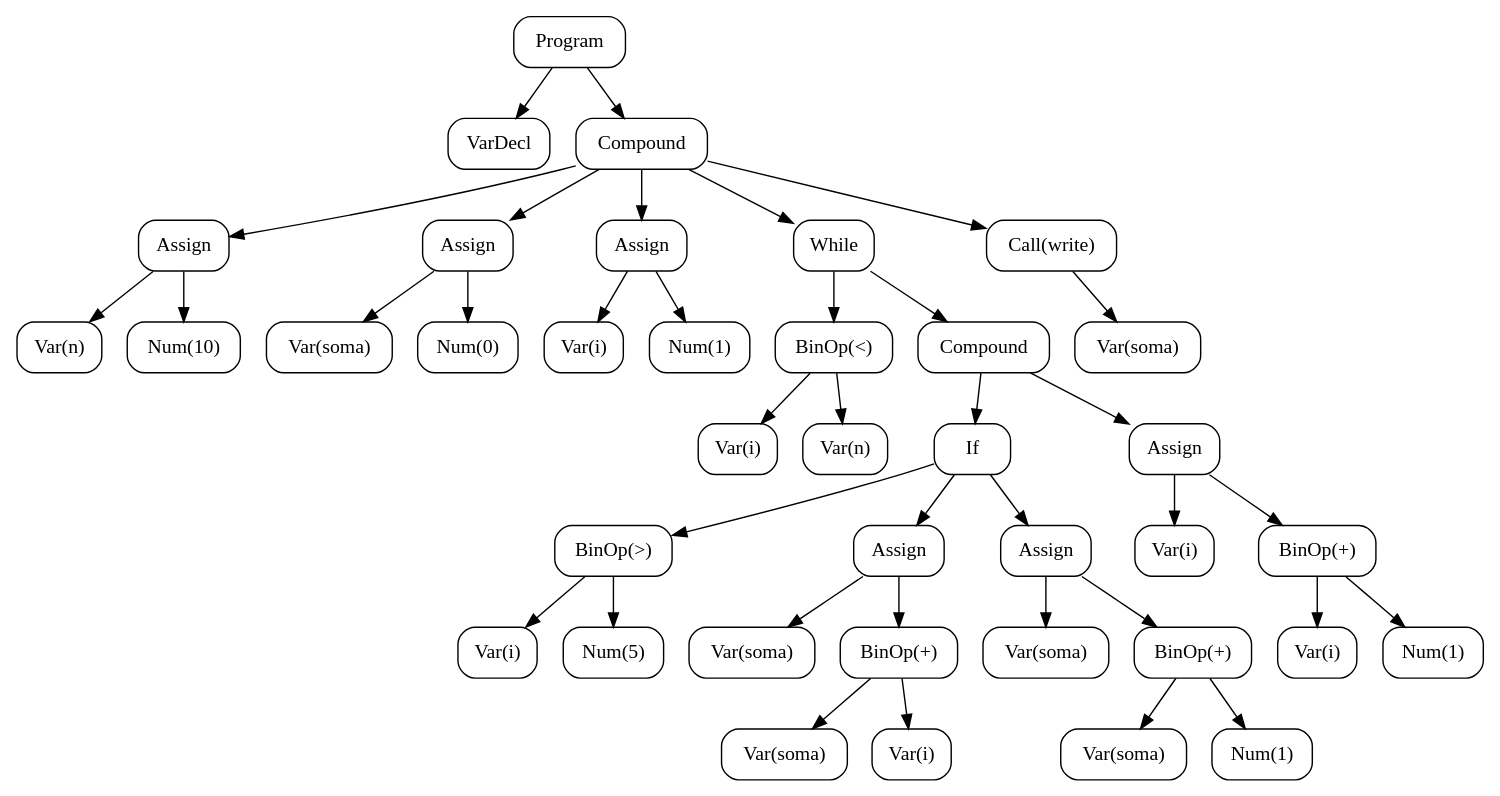
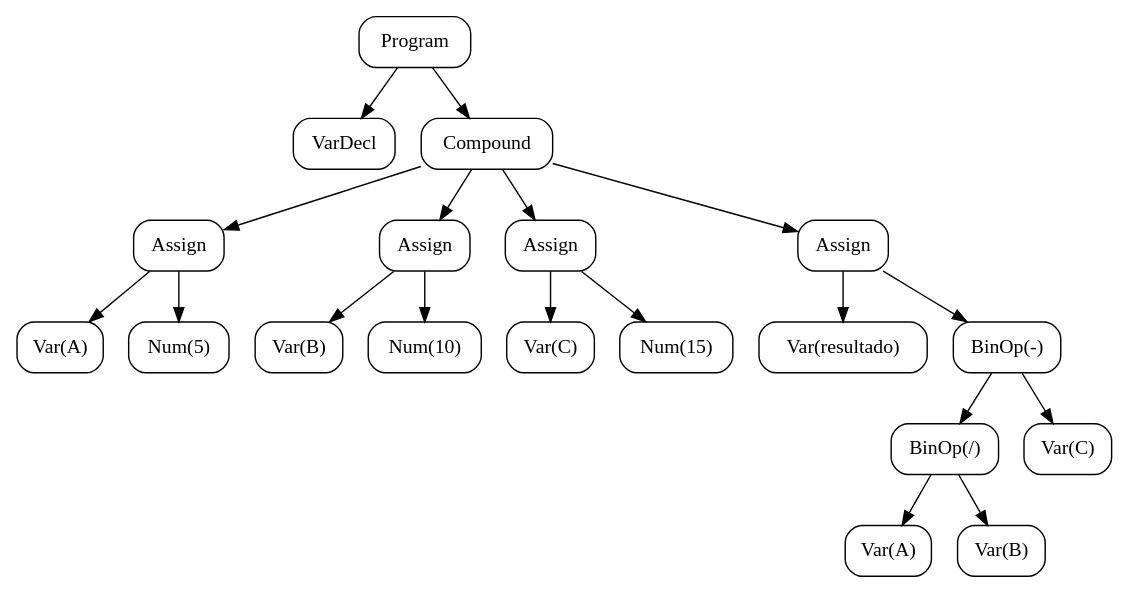
Before and after one commit to KassianoV/CompPas: the diagram in export/ast.dot, drawn with Graphviz. The commit also changed 5 other files, not shown here.

```diff
--- a/export/ast.dot
+++ b/export/ast.dot
@@ -1,77 +1,39 @@
 digraph AST {
   n1 [label="Program", shape=box, style=rounded];
   n2 [label="VarDecl", shape=box, style=rounded];
   n1 -> n2;
   n3 [label="Compound", shape=box, style=rounded];
   n1 -> n3;
   n4 [label="Assign", shape=box, style=rounded];
   n3 -> n4;
-  n5 [label="Var(n)", shape=box, style=rounded];
+  n5 [label="Var(A)", shape=box, style=rounded];
   n4 -> n5;
-  n6 [label="Num(10)", shape=box, style=rounded];
+  n6 [label="Num(5)", shape=box, style=rounded];
   n4 -> n6;
   n7 [label="Assign", shape=box, style=rounded];
   n3 -> n7;
-  n8 [label="Var(soma)", shape=box, style=rounded];
+  n8 [label="Var(B)", shape=box, style=rounded];
   n7 -> n8;
-  n9 [label="Num(0)", shape=box, style=rounded];
+  n9 [label="Num(10)", shape=box, style=rounded];
   n7 -> n9;
   n10 [label="Assign", shape=box, style=rounded];
   n3 -> n10;
-  n11 [label="Var(i)", shape=box, style=rounded];
+  n11 [label="Var(C)", shape=box, style=rounded];
   n10 -> n11;
-  n12 [label="Num(1)", shape=box, style=rounded];
+  n12 [label="Num(15)", shape=box, style=rounded];
   n10 -> n12;
-  n13 [label="While", shape=box, style=rounded];
+  n13 [label="Assign", shape=box, style=rounded];
   n3 -> n13;
-  n14 [label="BinOp(<)", shape=box, style=rounded];
+  n14 [label="Var(resultado)", shape=box, style=rounded];
   n13 -> n14;
-  n15 [label="Var(i)", shape=box, style=rounded];
-  n14 -> n15;
-  n16 [label="Var(n)", shape=box, style=rounded];
-  n14 -> n16;
-  n17 [label="Compound", shape=box, style=rounded];
-  n13 -> n17;
-  n18 [label="If", shape=box, style=rounded];
-  n17 -> n18;
-  n19 [label="BinOp(>)", shape=box, style=rounded];
-  n18 -> n19;
-  n20 [label="Var(i)", shape=box, style=rounded];
-  n19 -> n20;
-  n21 [label="Num(5)", shape=box, style=rounded];
-  n19 -> n21;
-  n22 [label="Assign", shape=box, style=rounded];
-  n18 -> n22;
-  n23 [label="Var(soma)", shape=box, style=rounded];
-  n22 -> n23;
-  n24 [label="BinOp(+)", shape=box, style=rounded];
-  n22 -> n24;
-  n25 [label="Var(soma)", shape=box, style=rounded];
-  n24 -> n25;
-  n26 [label="Var(i)", shape=box, style=rounded];
-  n24 -> n26;
-  n27 [label="Assign", shape=box, style=rounded];
-  n18 -> n27;
-  n28 [label="Var(soma)", shape=box, style=rounded];
-  n27 -> n28;
-  n29 [label="BinOp(+)", shape=box, style=rounded];
-  n27 -> n29;
-  n30 [label="Var(soma)", shape=box, style=rounded];
-  n29 -> n30;
-  n31 [label="Num(1)", shape=box, style=rounded];
-  n29 -> n31;
-  n32 [label="Assign", shape=box, style=rounded];
-  n17 -> n32;
-  n33 [label="Var(i)", shape=box, style=rounded];
-  n32 -> n33;
-  n34 [label="BinOp(+)", shape=box, style=rounded];
-  n32 -> n34;
-  n35 [label="Var(i)", shape=box, style=rounded];
-  n34 -> n35;
-  n36 [label="Num(1)", shape=box, style=rounded];
-  n34 -> n36;
-  n37 [label="Call(write)", shape=box, style=rounded];
-  n3 -> n37;
-  n38 [label="Var(soma)", shape=box, style=rounded];
-  n37 -> n38;
+  n15 [label="BinOp(-)", shape=box, style=rounded];
+  n13 -> n15;
+  n16 [label="BinOp(/)", shape=box, style=rounded];
+  n15 -> n16;
+  n17 [label="Var(A)", shape=box, style=rounded];
+  n16 -> n17;
+  n18 [label="Var(B)", shape=box, style=rounded];
+  n16 -> n18;
+  n19 [label="Var(C)", shape=box, style=rounded];
+  n15 -> n19;
 }
```
